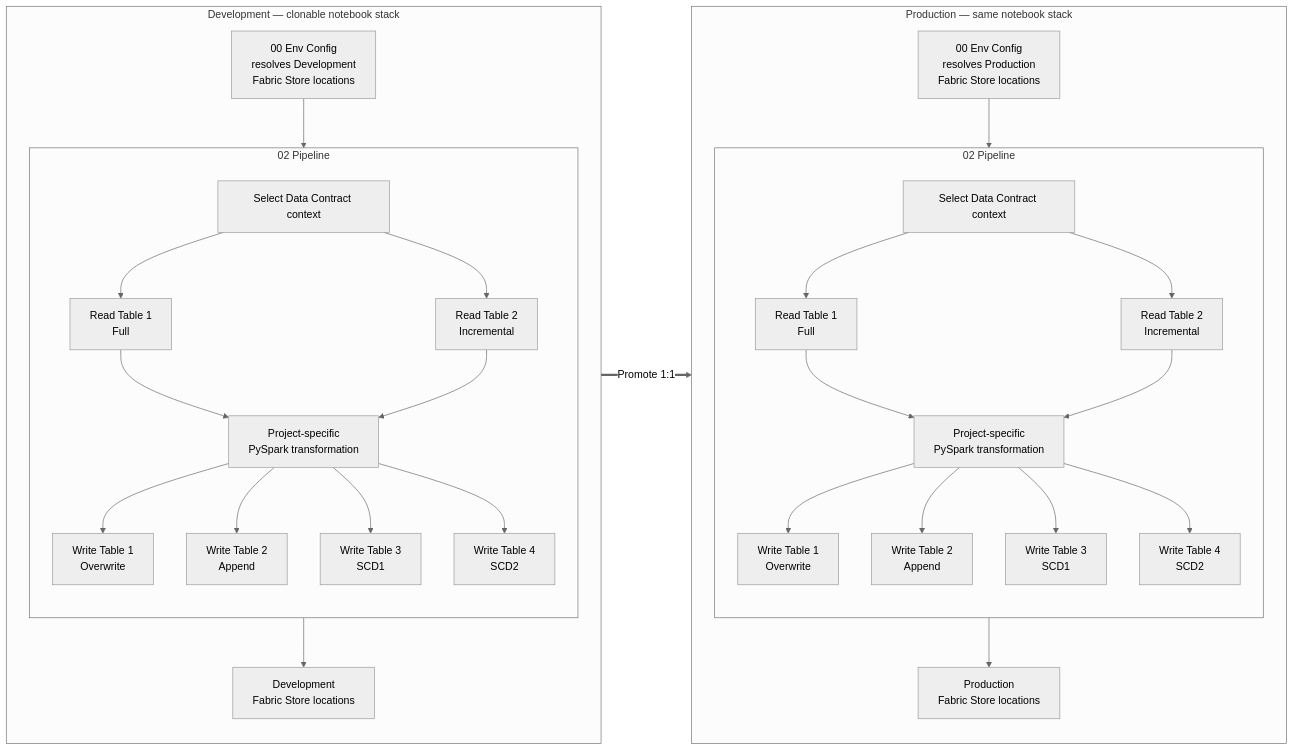
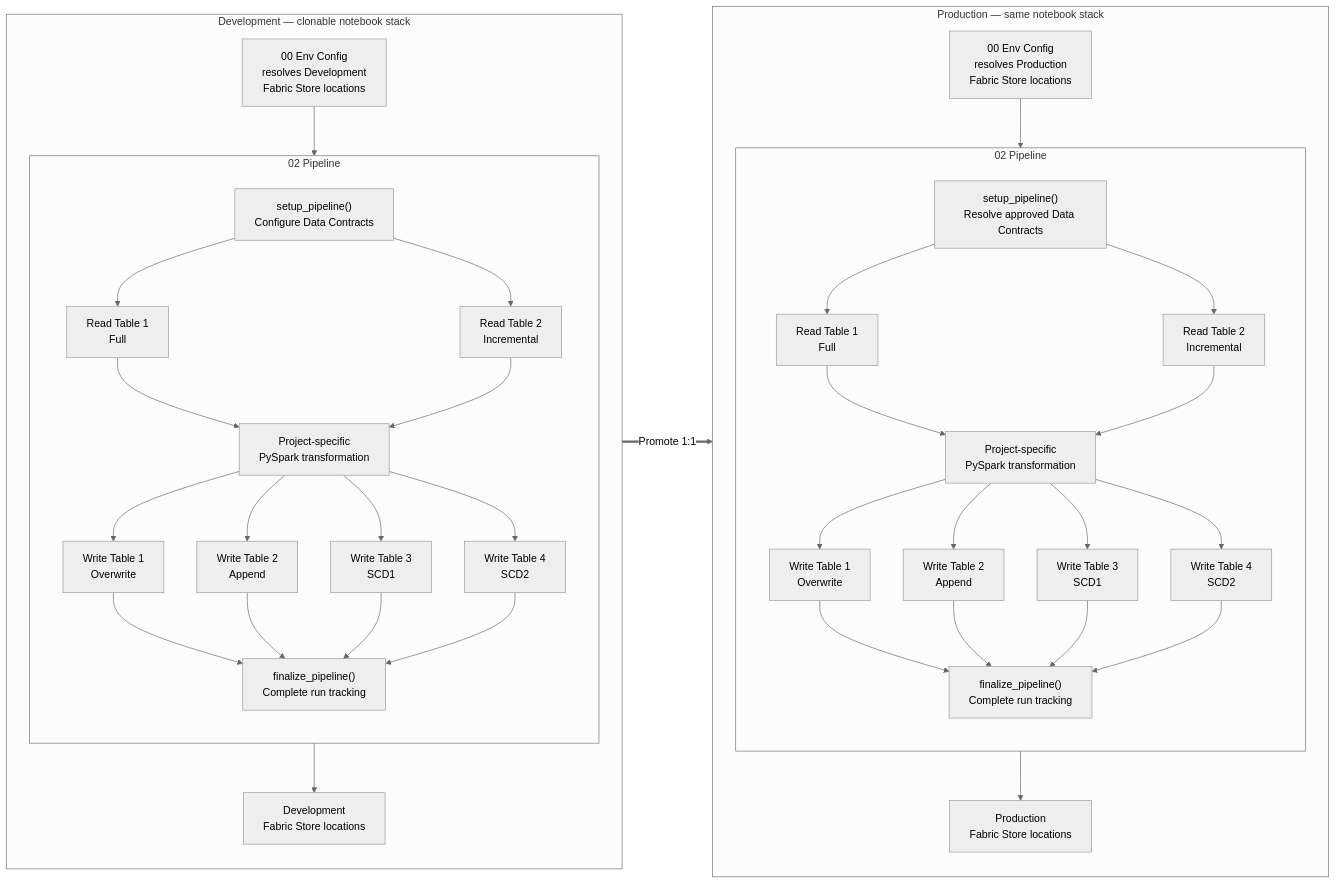
One commit to Voycepeh/FabricOps-Starter-Kit changed the diagram in docs/solutions/plug-and-play-data-pipelines.md. Above: the diagram before and after it, drawn with Mermaid (neutral theme). The commit also changed other lines of this file and 10 other files, not shown here.

Commit message:
Align lifecycle guides, variant templates and implementation diagrams

````diff
--- a/docs/solutions/plug-and-play-data-pipelines.md
+++ b/docs/solutions/plug-and-play-data-pipelines.md
@@ -32,52 +32,62 @@
 ```mermaid
 flowchart LR
     subgraph DEV["Development — clonable notebook stack"]
         direction TB
         DEV_ENV["00 Env Config<br/>resolves Development<br/>Fabric Store locations"]
         subgraph DEV_PIPE["02 Pipeline"]
             direction TB
-            DEV_CONTRACT["Select Data Contract context"]
+            DEV_CONTRACT["setup_pipeline()<br/>Configure Data Contracts"]
             DEV_READ_FULL["Read Table 1<br/>Full"]
             DEV_READ_INC["Read Table 2<br/>Incremental"]
             DEV_TRANSFORM["Project-specific<br/>PySpark transformation"]
             DEV_WRITE_OVERWRITE["Write Table 1<br/>Overwrite"]
             DEV_WRITE_APPEND["Write Table 2<br/>Append"]
             DEV_WRITE_SCD1["Write Table 3<br/>SCD1"]
             DEV_WRITE_SCD2["Write Table 4<br/>SCD2"]
+            DEV_FINALIZE["finalize_pipeline()<br/>Complete run tracking"]
             DEV_CONTRACT --> DEV_READ_FULL --> DEV_TRANSFORM
             DEV_CONTRACT --> DEV_READ_INC --> DEV_TRANSFORM
             DEV_TRANSFORM --> DEV_WRITE_OVERWRITE
+            DEV_WRITE_OVERWRITE --> DEV_FINALIZE
             DEV_TRANSFORM --> DEV_WRITE_APPEND
+            DEV_WRITE_APPEND --> DEV_FINALIZE
             DEV_TRANSFORM --> DEV_WRITE_SCD1
+            DEV_WRITE_SCD1 --> DEV_FINALIZE
             DEV_TRANSFORM --> DEV_WRITE_SCD2
+            DEV_WRITE_SCD2 --> DEV_FINALIZE
         end
         DEV_ENV --> DEV_PIPE
         DEV_PIPE --> DEV_RES["Development<br/>Fabric Store locations"]
     end
 
     subgraph PROD["Production — same notebook stack"]
         direction TB
         PROD_ENV["00 Env Config<br/>resolves Production<br/>Fabric Store locations"]
         subgraph PROD_PIPE["02 Pipeline"]
             direction TB
-            PROD_CONTRACT["Select Data Contract context"]
+            PROD_CONTRACT["setup_pipeline()<br/>Resolve approved Data Contracts"]
             PROD_READ_FULL["Read Table 1<br/>Full"]
             PROD_READ_INC["Read Table 2<br/>Incremental"]
             PROD_TRANSFORM["Project-specific<br/>PySpark transformation"]
             PROD_WRITE_OVERWRITE["Write Table 1<br/>Overwrite"]
             PROD_WRITE_APPEND["Write Table 2<br/>Append"]
             PROD_WRITE_SCD1["Write Table 3<br/>SCD1"]
             PROD_WRITE_SCD2["Write Table 4<br/>SCD2"]
+            PROD_FINALIZE["finalize_pipeline()<br/>Complete run tracking"]
             PROD_CONTRACT --> PROD_READ_FULL --> PROD_TRANSFORM
             PROD_CONTRACT --> PROD_READ_INC --> PROD_TRANSFORM
             PROD_TRANSFORM --> PROD_WRITE_OVERWRITE
+            PROD_WRITE_OVERWRITE --> PROD_FINALIZE
             PROD_TRANSFORM --> PROD_WRITE_APPEND
+            PROD_WRITE_APPEND --> PROD_FINALIZE
             PROD_TRANSFORM --> PROD_WRITE_SCD1
+            PROD_WRITE_SCD1 --> PROD_FINALIZE
             PROD_TRANSFORM --> PROD_WRITE_SCD2
+            PROD_WRITE_SCD2 --> PROD_FINALIZE
         end
         PROD_ENV --> PROD_PIPE
         PROD_PIPE --> PROD_RES["Production<br/>Fabric Store locations"]
     end
 
     DEV ==>|"Promote 1:1"| PROD
 ```
````
